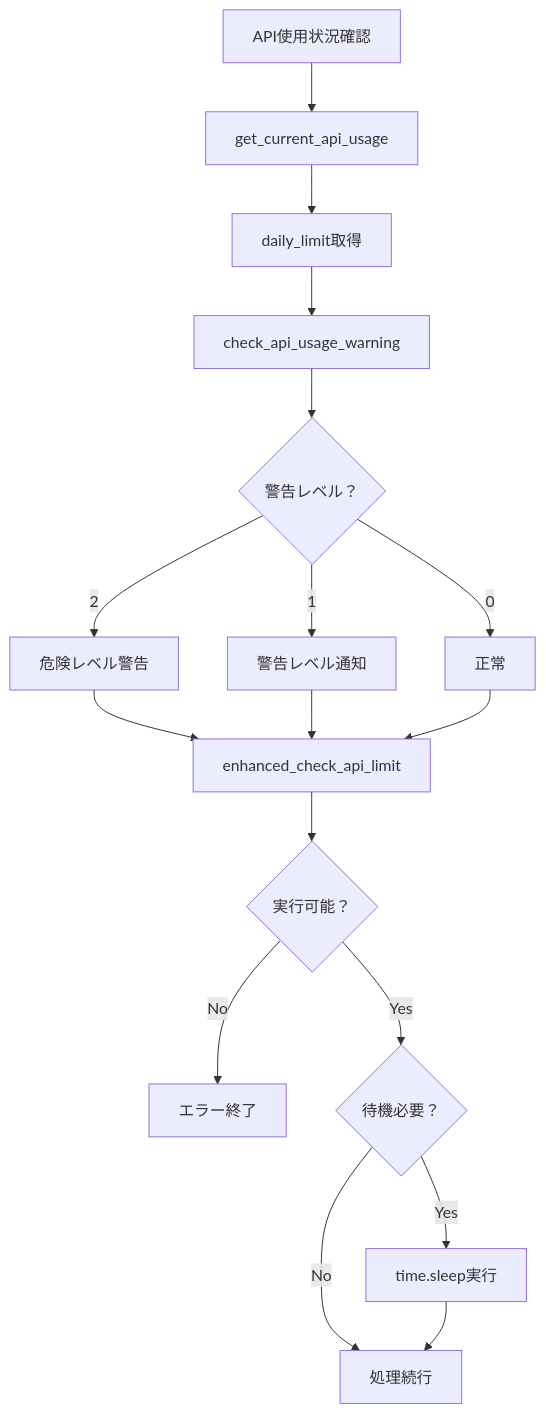
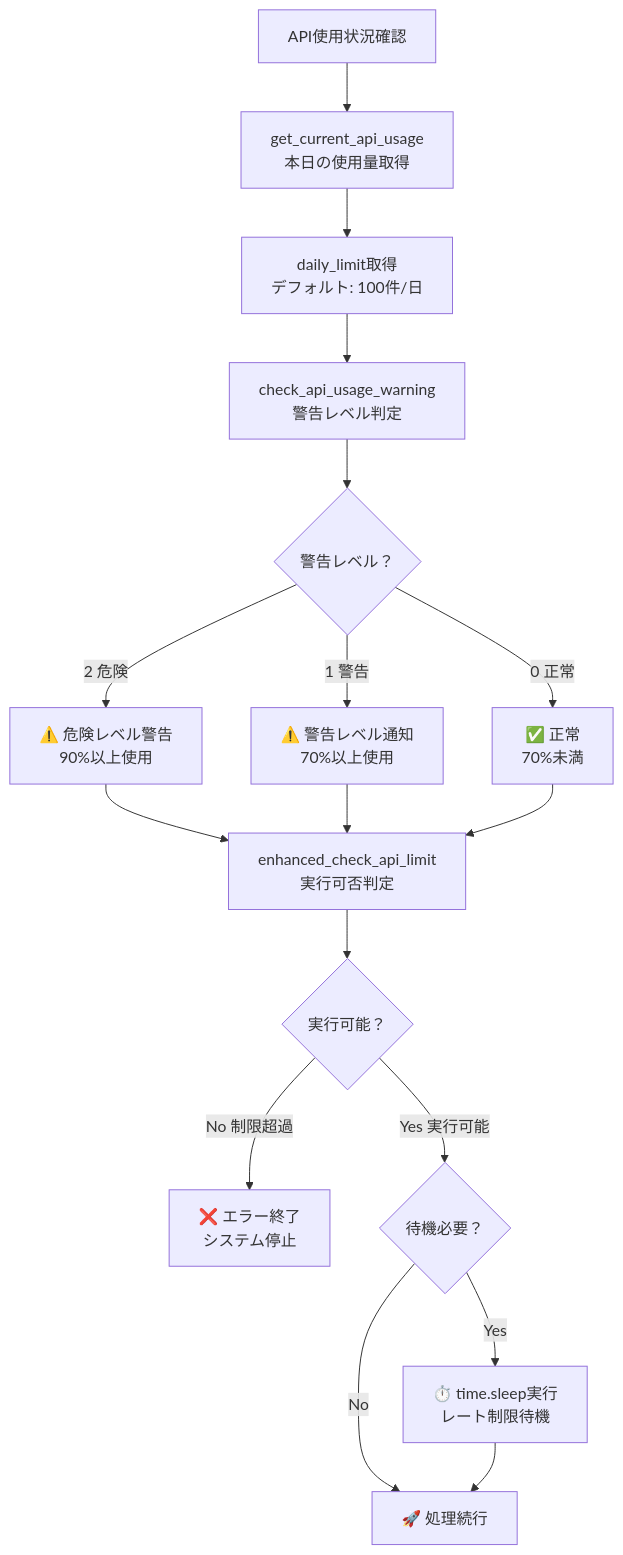
One commit to mkuwan/check_company_with_web changed the third of 16 diagrams in フロー.md. Above: the diagram before and after it, drawn with Mermaid. The commit also changed other lines of this file and 4 other files, not shown here.

````diff
--- a/フロー.md
+++ b/フロー.md
@@ -123,21 +165,24 @@
 ```mermaid
 graph TD
-    A[API使用状況確認] --> B[get_current_api_usage]
-    B --> C[daily_limit取得]
-    C --> D[check_api_usage_warning]
+    %% API使用状況の確認
+    A[API使用状況確認] --> B[get_current_api_usage<br/>本日の使用量取得]
+    B --> C[daily_limit取得<br/>デフォルト: 100件/日]
+    C --> D[check_api_usage_warning<br/>警告レベル判定]
     D --> E{警告レベル？}
-    E -->|2| F[危険レベル警告]
-    E -->|1| G[警告レベル通知]
-    E -->|0| H[正常]
+    E -->|2 危険| F[⚠️ 危険レベル警告<br/>90%以上使用]
+    E -->|1 警告| G[⚠️ 警告レベル通知<br/>70%以上使用]
+    E -->|0 正常| H[✅ 正常<br/>70%未満]
     
-    F --> I[enhanced_check_api_limit]
+    %% API制限チェック
+    F --> I[enhanced_check_api_limit<br/>実行可否判定]
     G --> I
     H --> I
     
     I --> J{実行可能？}
-    J -->|No| K[エラー終了]
-    J -->|Yes| L{待機必要？}
-    L -->|Yes| M[time.sleep実行]
-    L -->|No| N[処理続行]
+    J -->|No 制限超過| K[❌ エラー終了<br/>システム停止]
+    J -->|Yes 実行可能| L{待機必要？}
+    L -->|Yes| M[⏱️ time.sleep実行<br/>レート制限待機]
+    L -->|No| N[🚀 処理続行]
     M --> N
+    
 ```
````
